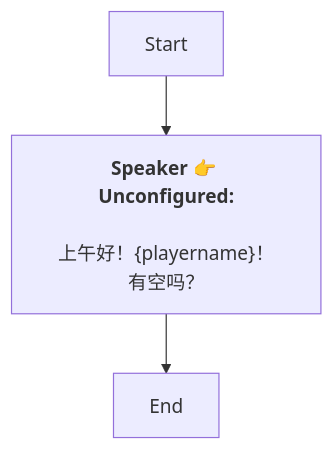
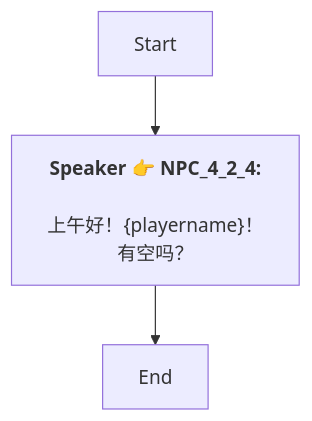
The diagram in Zh/Dialog_55274870774984.md (SoftHu/tos_avg), drawn with Mermaid before and after one commit. The commit also changed 737 other files, not shown here.

````diff
--- a/Zh/Dialog_55274870774984.md
+++ b/Zh/Dialog_55274870774984.md
@@ -1,9 +1,8 @@
 ```mermaid
 graph
-Start -->1768795883434997[<b>Speaker 👉 Unconfigured:</b>
-
-上午好！&lbrace;playername&rbrace;！
+Start -->1768795883434997[<b>Speaker 👉 NPC_4_2_4:</b>
+\n上午好！&lbrace;playername&rbrace;！
 有空吗？]
 1768795883434997 -->1768795928769526[End]
 
- ```
+```
````
